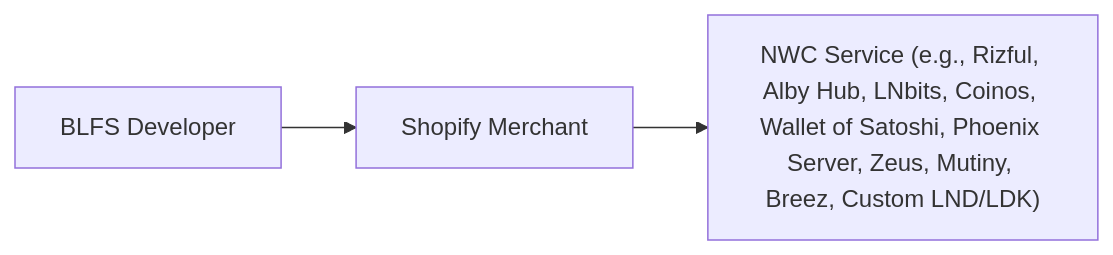
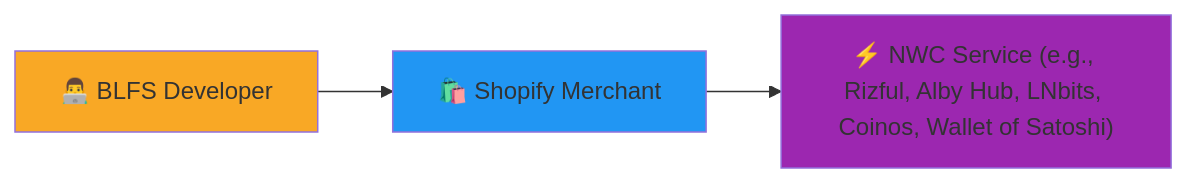
Before and after one commit to MegalithicBTC/BLFS: the first of 3 diagrams in readme.md, drawn with Mermaid. The commit also changed other lines of this file, not shown here.

````diff
--- a/readme.md
+++ b/readme.md
@@ -24,5 +24,9 @@
 ```mermaid
 graph LR
-  Dev["BLFS Developer"] --> Merch["Shopify Merchant"]
-  Merch --> NWC["NWC Service (e.g., Rizful, Alby Hub, LNbits, Coinos, Wallet of Satoshi, Phoenix Server, Zeus, Mutiny, Breez, Custom LND/LDK)"]
+  Dev["👨‍💻 BLFS Developer"] --> Merch["🛍️ Shopify Merchant"]
+  Merch --> NWC["⚡ NWC Service (e.g., Rizful, Alby Hub, LNbits, Coinos, Wallet of Satoshi)"]
+  
+  style Dev fill:#f9a825
+  style Merch fill:#2196f3
+  style NWC fill:#9c27b0
 ```
````
